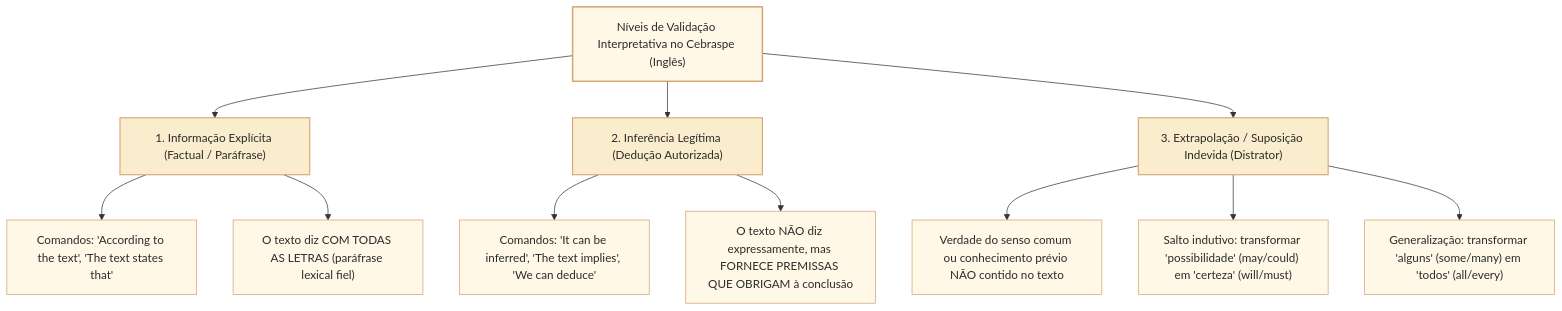
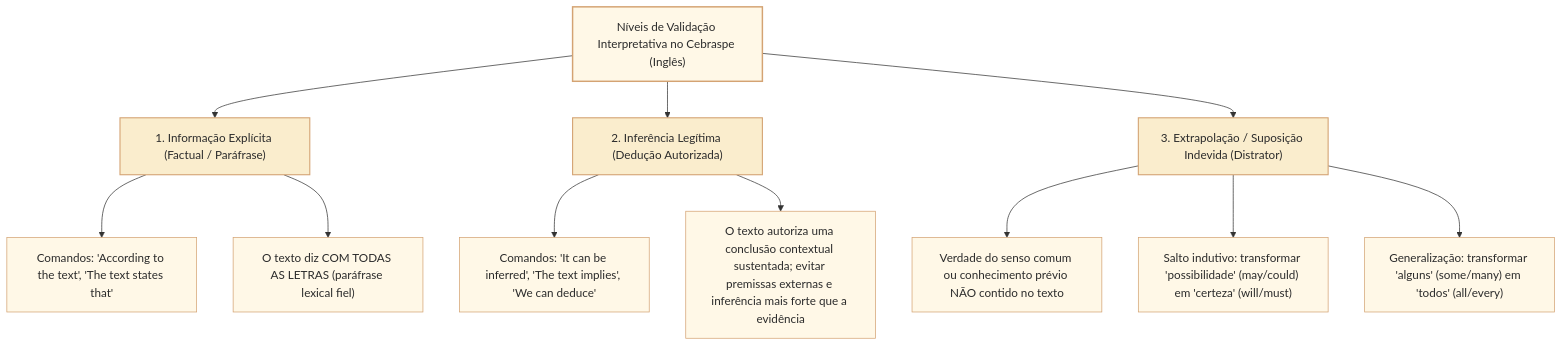
The first of 2 diagrams in 3 - Materias/Ingles/08 - informacoes explicitas inferencias e limites da deducao.md (leorruas/concursos), drawn with Mermaid before and after one commit. The commit also changed other lines of this file, not shown here.

Commit message:
fix(ingles): corrigir universalizações e inferências não sustentadas

````diff
--- a/3 - Materias/Ingles/08 - informacoes explicitas inferencias e limites da deducao.md
+++ b/3 - Materias/Ingles/08 - informacoes explicitas inferencias e limites da deducao.md
@@ -41,24 +41,24 @@
 ```mermaid
 flowchart TD
     A["Níveis de Validação Interpretativa no Cebraspe (Inglês)"] --> B["1. Informação Explícita (Factual / Paráfrase)"]
     A --> C["2. Inferência Legítima (Dedução Autorizada)"]
     A --> D["3. Extrapolação / Suposição Indevida (Distrator)"]
     
     B --> B1["Comandos: 'According to the text', 'The text states that'"]
     B --> B2["O texto diz COM TODAS AS LETRAS (paráfrase lexical fiel)"]
     
     C --> C1["Comandos: 'It can be inferred', 'The text implies', 'We can deduce'"]
-    C --> C2["O texto NÃO diz expressamente, mas FORNECE PREMISSAS QUE OBRIGAM à conclusão"]
+    C --> C2["O texto autoriza uma conclusão contextual sustentada; evitar premissas externas e inferência mais forte que a evidência"]
     
     D --> D1["Verdade do senso comum ou conhecimento prévio NÃO contido no texto"]
     D --> D2["Salto indutivo: transformar 'possibilidade' (may/could) em 'certeza' (will/must)"]
     D --> D3["Generalização: transformar 'alguns' (some/many) em 'todos' (all/every)"]
 
     classDef raiz fill:#fff8e7,stroke:#d4a373,color:#2b2b2b,stroke-width:2px;
     classDef ramo fill:#faedcd,stroke:#d4a373,color:#2b2b2b,stroke-width:1.5px;
     classDef folha fill:#fff8e7,stroke:#d4a373,color:#2b2b2b,stroke-width:1px;
 
     class A raiz;
     class B,C,D ramo;
     class B1,B2,C1,C2,D1,D2,D3 folha;
 ```
````
